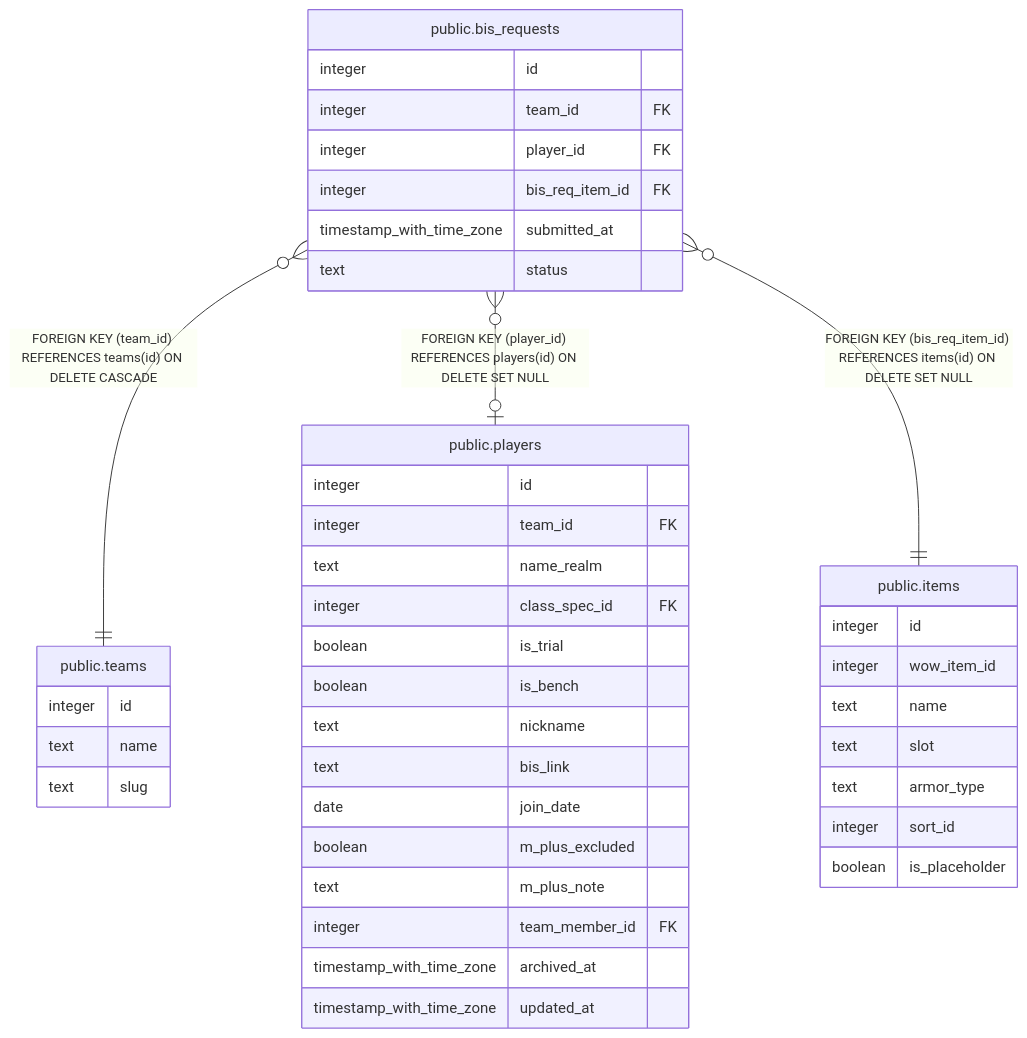
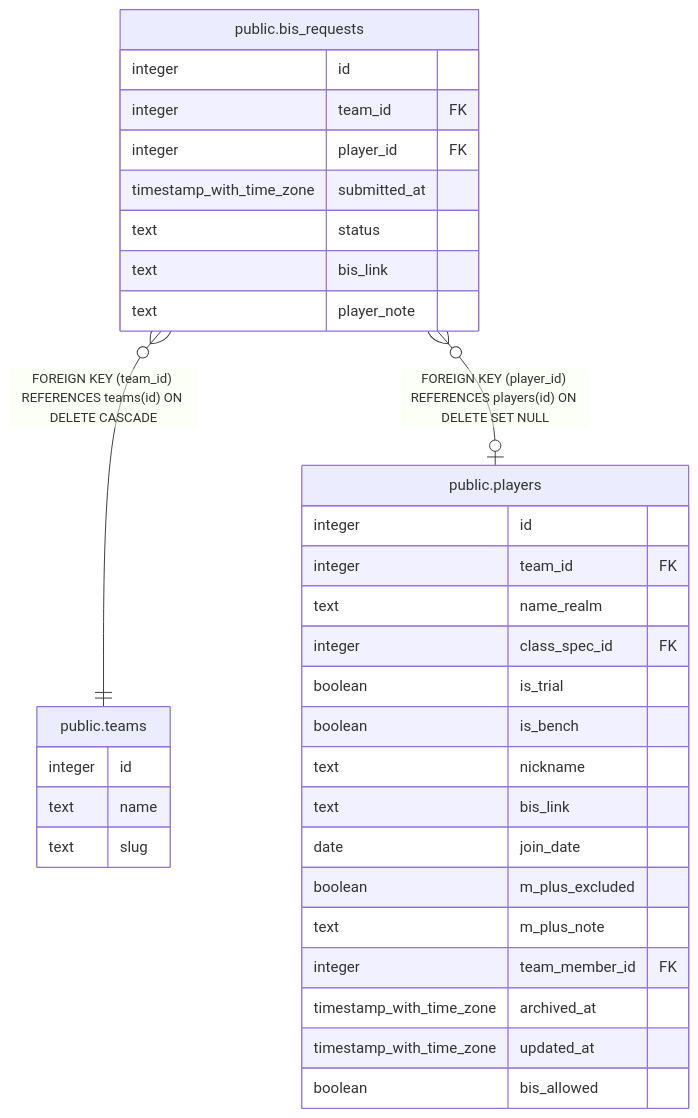
Before and after one commit to katogaming88/WGA-Raid-Hub: the diagram in dbdoc/public.bis_requests.md, drawn with Mermaid. The commit also changed other lines of this file and 30 other files, not shown here.

````diff
--- a/dbdoc/public.bis_requests.md
+++ b/dbdoc/public.bis_requests.md
@@ -38,46 +38,38 @@
 ```mermaid
 erDiagram
 
 "public.bis_requests" }o--|| "public.teams" : "FOREIGN KEY (team_id) REFERENCES teams(id) ON DELETE CASCADE"
 "public.bis_requests" }o--o| "public.players" : "FOREIGN KEY (player_id) REFERENCES players(id) ON DELETE SET NULL"
-"public.bis_requests" }o--|| "public.items" : "FOREIGN KEY (bis_req_item_id) REFERENCES items(id) ON DELETE SET NULL"
 
 "public.bis_requests" {
   integer id
   integer team_id FK
   integer player_id FK
-  integer bis_req_item_id FK
   timestamp_with_time_zone submitted_at
   text status
+  text bis_link
+  text player_note
 }
 "public.teams" {
   integer id
   text name
   text slug
 }
 "public.players" {
   integer id
   integer team_id FK
   text name_realm
   integer class_spec_id FK
   boolean is_trial
   boolean is_bench
   text nickname
   text bis_link
   date join_date
   boolean m_plus_excluded
   text m_plus_note
   integer team_member_id FK
   timestamp_with_time_zone archived_at
   timestamp_with_time_zone updated_at
-}
-"public.items" {
-  integer id
-  integer wow_item_id
-  text name
-  text slot
-  text armor_type
-  integer sort_id
-  boolean is_placeholder
+  boolean bis_allowed
 }
 ```
````
